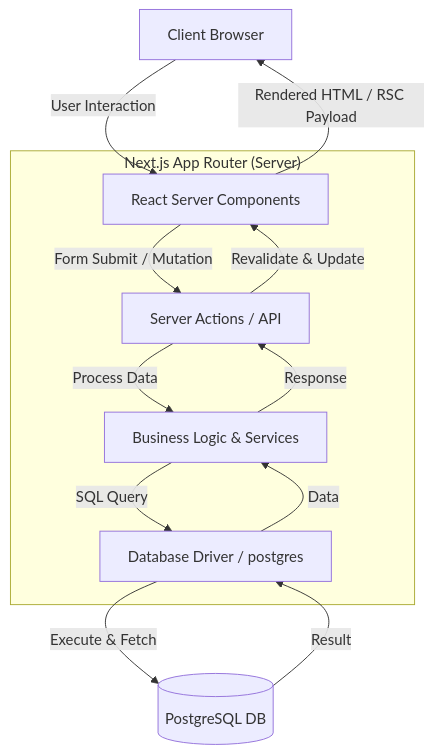
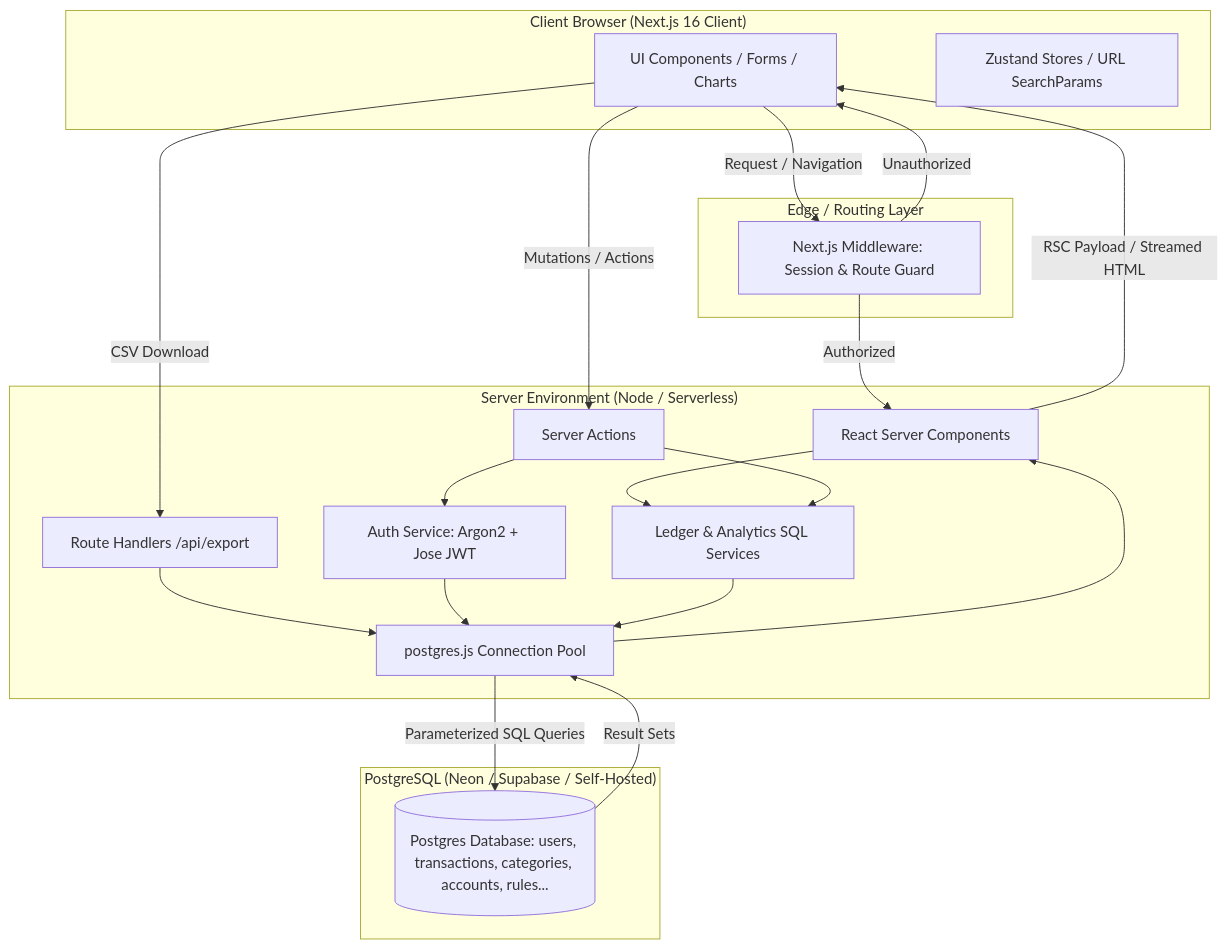
The first of 3 diagrams in README.md (mdkdinesh2503/finance-tracker), drawn with Mermaid before and after one commit. The commit also changed other lines of this file, not shown here.

Commit message:
docs: rewrite README with detailed architectural, security, and feature specifications

````diff
--- a/README.md
+++ b/README.md
@@ -26,24 +24,40 @@
 ```mermaid
-graph TD
-    Client[Client Browser]
-    
-    subgraph "Next.js App Router (Server)"
-        UI[React Server Components]
-        SA[Server Actions / API]
-        Services[Business Logic & Services]
-        DBClient[Database Driver / postgres]
+flowchart TD
+    subgraph Browser ["Client Browser (Next.js 16 Client)"]
+        UI[UI Components / Forms / Charts]
+        State[Zustand Stores / URL SearchParams]
     end
-    
-    Database[(PostgreSQL DB)]
-    
-    Client -- "User Interaction" --> UI
-    UI -- "Form Submit / Mutation" --> SA
-    SA -- "Process Data" --> Services
-    Services -- "SQL Query" --> DBClient
-    DBClient -- "Execute & Fetch" --> Database
-    Database -- "Result" --> DBClient
-    DBClient -- "Data" --> Services
-    Services -- "Response" --> SA
-    SA -- "Revalidate & Update" --> UI
-    UI -- "Rendered HTML / RSC Payload" --> Client
+
+    subgraph Edge ["Edge / Routing Layer"]
+        MW[Next.js Middleware: Session & Route Guard]
+    end
+
+    subgraph Server ["Server Environment (Node / Serverless)"]
+        RSC[React Server Components]
+        SA[Server Actions]
+        API[Route Handlers /api/export]
+        AuthService[Auth Service: Argon2 + Jose JWT]
+        TxService[Ledger & Analytics SQL Services]
+        DBClient[postgres.js Connection Pool]
+    end
+
+    subgraph Database ["PostgreSQL (Neon / Supabase / Self-Hosted)"]
+        PG[(Postgres Database: users, transactions, categories, accounts, rules...)]
+    end
+
+    UI -->|Request / Navigation| MW
+    MW -->|Authorized| RSC
+    MW -->|Unauthorized| UI
+    UI -->|Mutations / Actions| SA
+    UI -->|CSV Download| API
+    RSC --> TxService
+    SA --> AuthService
+    SA --> TxService
+    API --> DBClient
+    AuthService --> DBClient
+    TxService --> DBClient
+    DBClient -->|Parameterized SQL Queries| PG
+    PG -->|Result Sets| DBClient
+    DBClient --> RSC
+    RSC -->|RSC Payload / Streamed HTML| UI
 ```
````
